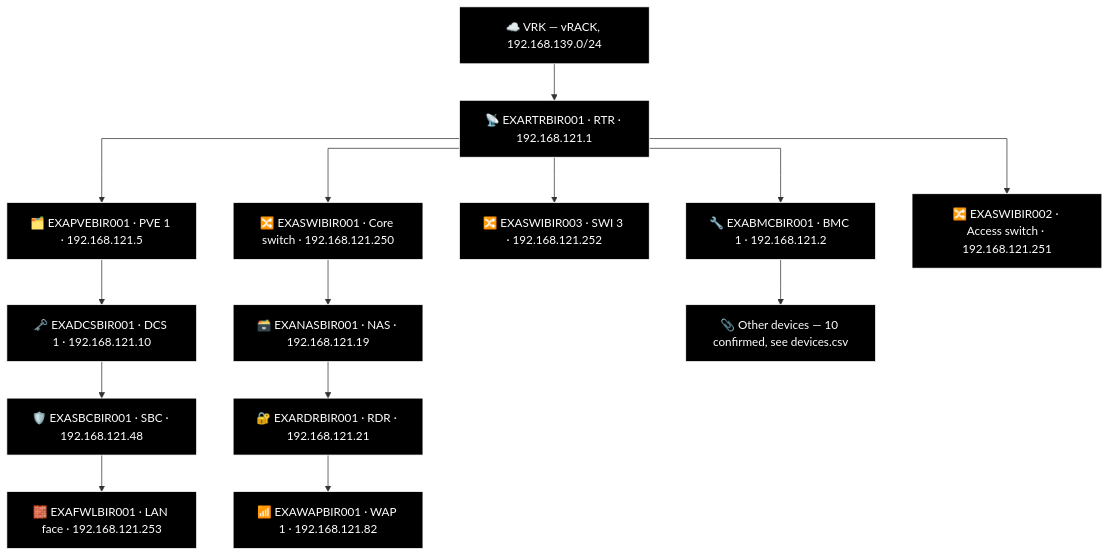
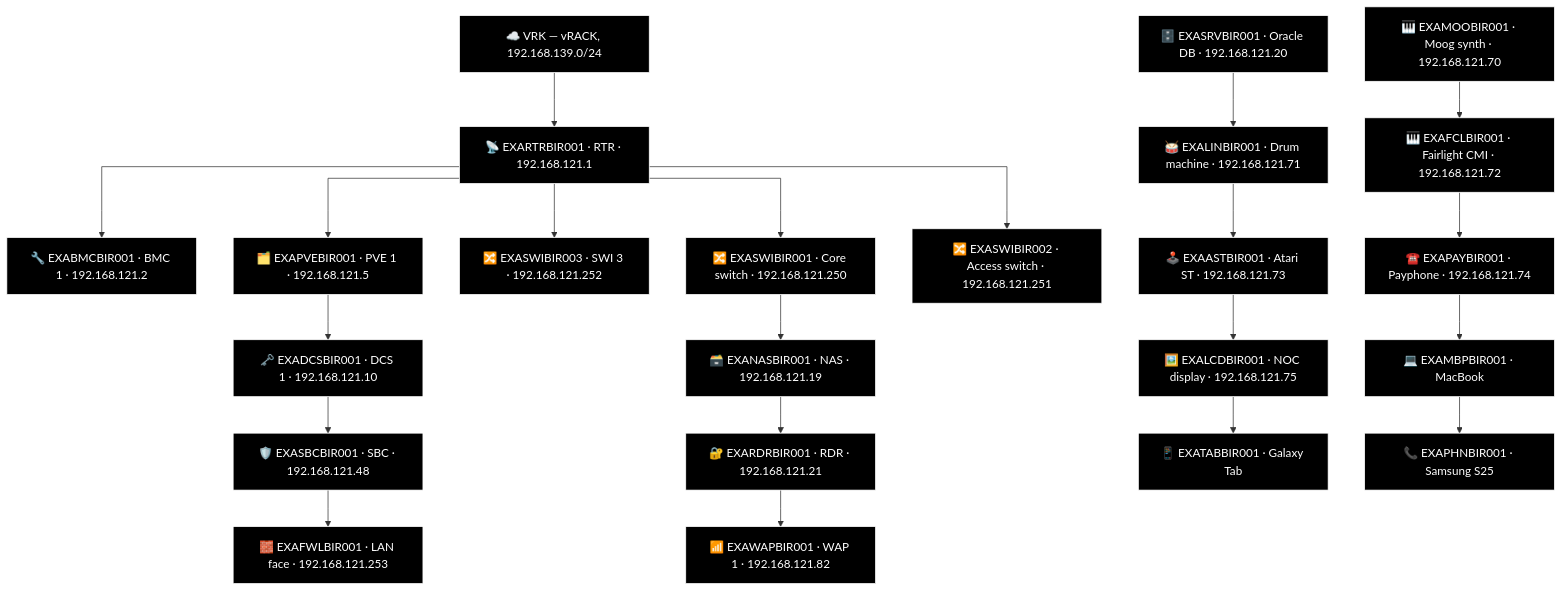
Before and after one commit to knightmare2600/example_music_infra: the fourth of 18 diagrams in docs/network-diagram/england.md, drawn with Mermaid. The commit also changed other lines of this file and 8 other files, not shown here.

First line of the commit message:
generate_network_diagrams.py: port FAL's two-column "Other" bucket into the generator

````diff
--- a/docs/network-diagram/england.md
+++ b/docs/network-diagram/england.md
@@ -146,43 +153,62 @@
 ```mermaid
 %% GENERATED:TOPOLOGY:BIR:START
 %%{init: {'flowchart': {'curve': 'stepAfter'}}}%%
 graph TD
     T_VRK["☁️ VRK — vRACK, 192.168.139.0/24"]
     T_RTR["📡 EXARTRBIR001 · RTR · 192.168.121.1"]
     T_VRK --> T_RTR
     T_BMC["🔧 EXABMCBIR001 · BMC 1 · 192.168.121.2"]
     T_RTR --> T_BMC
     T_PVE["🗂️ EXAPVEBIR001 · PVE 1 · 192.168.121.5"]
     T_RTR --> T_PVE
     T_SWI["🔀 EXASWIBIR003 · SWI 3 · 192.168.121.252"]
     T_RTR --> T_SWI
     T_SWI2["🔀 EXASWIBIR001 · Core switch · 192.168.121.250"]
     T_RTR --> T_SWI2
     T_SWI3["🔀 EXASWIBIR002 · Access switch · 192.168.121.251"]
     T_RTR --> T_SWI3
     T_NAS["🗃️ EXANASBIR001 · NAS · 192.168.121.19"]
     T_RDR["🔐 EXARDRBIR001 · RDR · 192.168.121.21"]
     T_WAP["📶 EXAWAPBIR001 · WAP 1 · 192.168.121.82"]
     T_SWI2 --> T_NAS --> T_RDR --> T_WAP
     T_DCS["🗝️ EXADCSBIR001 · DCS 1 · 192.168.121.10"]
     T_SBC["🛡️ EXASBCBIR001 · SBC · 192.168.121.48"]
     T_FWL["🧱 EXAFWLBIR001 · LAN face · 192.168.121.253"]
     T_PVE --> T_DCS --> T_SBC --> T_FWL
-    T_OTHER["📎 Other devices — 10 confirmed, see devices.csv"]
-    T_BMC --> T_OTHER
+    T_SRV["🗄️ EXASRVBIR001 · Oracle DB · 192.168.121.20"]
+    T_MOO["🎹 EXAMOOBIR001 · Moog synth · 192.168.121.70"]
+    T_LIN["🥁 EXALINBIR001 · Drum machine · 192.168.121.71"]
+    T_FCL["🎹 EXAFCLBIR001 · Fairlight CMI · 192.168.121.72"]
+    T_AST["🕹️ EXAASTBIR001 · Atari ST · 192.168.121.73"]
+    T_PAY["☎️ EXAPAYBIR001 · Payphone · 192.168.121.74"]
+    T_LCD["🖼️ EXALCDBIR001 · NOC display · 192.168.121.75"]
+    T_MBP["💻 EXAMBPBIR001 · MacBook"]
+    T_TAB["📱 EXATABBIR001 · Galaxy Tab"]
+    T_PHN["📞 EXAPHNBIR001 · Samsung S25"]
+    T_SRV --> T_LIN --> T_AST --> T_LCD --> T_TAB
+    T_MOO --> T_FCL --> T_PAY --> T_MBP --> T_PHN
     style T_VRK fill:#000000,stroke:#FFFFFF,color:#FFFFFF
     style T_RTR fill:#000000,stroke:#FFFFFF,color:#FFFFFF
     style T_BMC fill:#000000,stroke:#FFFFFF,color:#FFFFFF
     style T_PVE fill:#000000,stroke:#FFFFFF,color:#FFFFFF
     style T_SWI fill:#000000,stroke:#FFFFFF,color:#FFFFFF
     style T_SWI2 fill:#000000,stroke:#FFFFFF,color:#FFFFFF
     style T_SWI3 fill:#000000,stroke:#FFFFFF,color:#FFFFFF
     style T_NAS fill:#000000,stroke:#FFFFFF,color:#FFFFFF
     style T_RDR fill:#000000,stroke:#FFFFFF,color:#FFFFFF
     style T_WAP fill:#000000,stroke:#FFFFFF,color:#FFFFFF
     style T_DCS fill:#000000,stroke:#FFFFFF,color:#FFFFFF
     style T_SBC fill:#000000,stroke:#FFFFFF,color:#FFFFFF
     style T_FWL fill:#000000,stroke:#FFFFFF,color:#FFFFFF
-    style T_OTHER fill:#000000,stroke:#FFFFFF,color:#FFFFFF
+    style T_SRV fill:#000000,stroke:#FFFFFF,color:#FFFFFF
+    style T_MOO fill:#000000,stroke:#FFFFFF,color:#FFFFFF
+    style T_LIN fill:#000000,stroke:#FFFFFF,color:#FFFFFF
+    style T_FCL fill:#000000,stroke:#FFFFFF,color:#FFFFFF
+    style T_AST fill:#000000,stroke:#FFFFFF,color:#FFFFFF
+    style T_PAY fill:#000000,stroke:#FFFFFF,color:#FFFFFF
+    style T_LCD fill:#000000,stroke:#FFFFFF,color:#FFFFFF
+    style T_MBP fill:#000000,stroke:#FFFFFF,color:#FFFFFF
+    style T_TAB fill:#000000,stroke:#FFFFFF,color:#FFFFFF
+    style T_PHN fill:#000000,stroke:#FFFFFF,color:#FFFFFF
 %% GENERATED:TOPOLOGY:BIR:END
 ```
````
